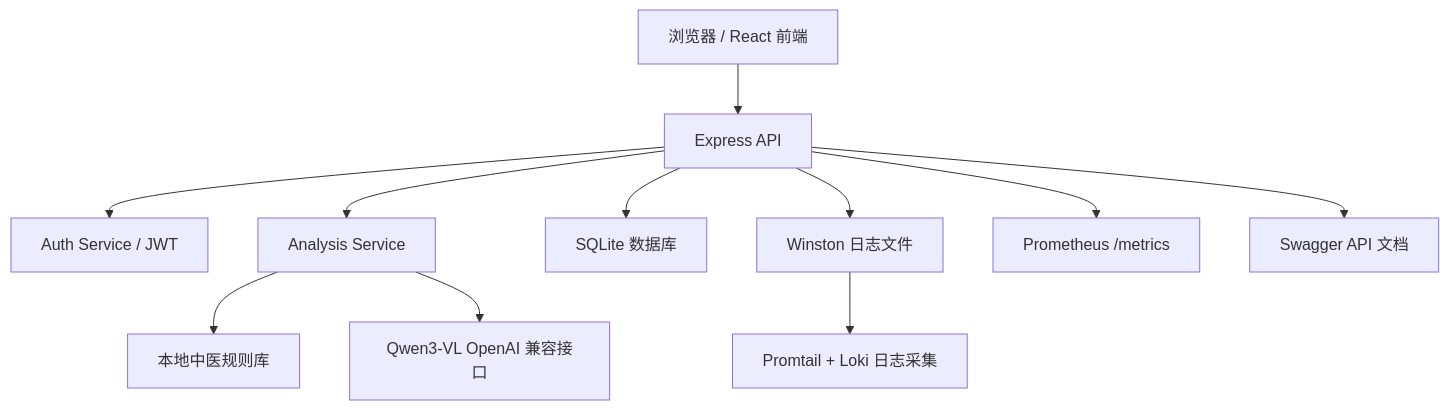
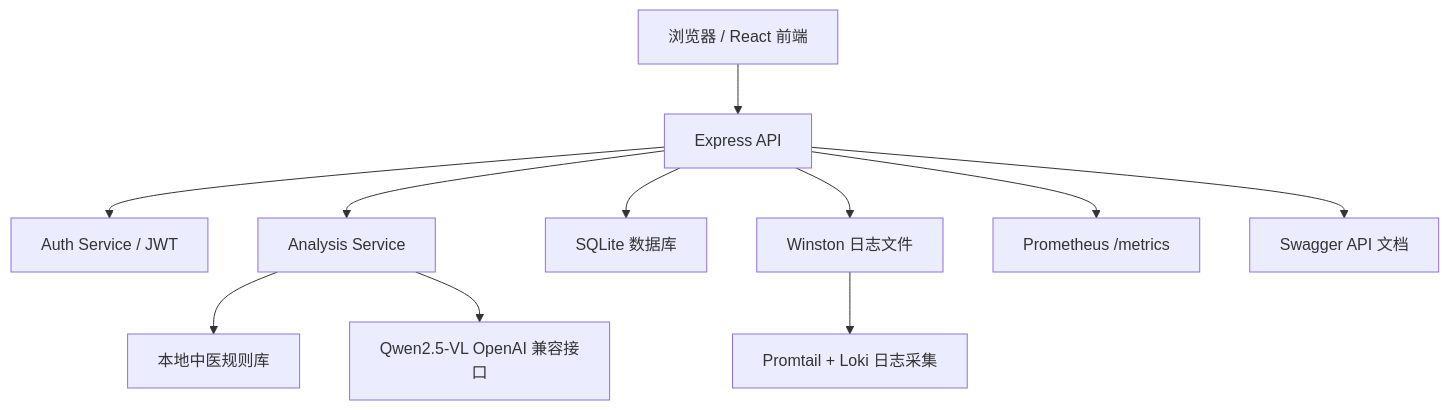
The first of 2 diagrams in docs/系统设计.md (yz314-yz/xyzbysj), drawn with Mermaid before and after one commit. The commit also changed other lines of this file and 27 other files, not shown here.

````diff
--- a/docs/系统设计.md
+++ b/docs/系统设计.md
@@ -5,13 +5,13 @@
 ```mermaid
 flowchart TB
   browser["浏览器 / React 前端"] --> api["Express API"]
   api --> auth["Auth Service / JWT"]
   api --> analysis["Analysis Service"]
   analysis --> rules["本地中医规则库"]
-  analysis --> qwen["Qwen3-VL OpenAI 兼容接口"]
+  analysis --> qwen["Qwen2.5-VL OpenAI 兼容接口"]
   api --> db["SQLite 数据库"]
   api --> logs["Winston 日志文件"]
   api --> metrics["Prometheus /metrics"]
   logs --> loki["Promtail + Loki 日志采集"]
   api --> swagger["Swagger API 文档"]
 ```
````
